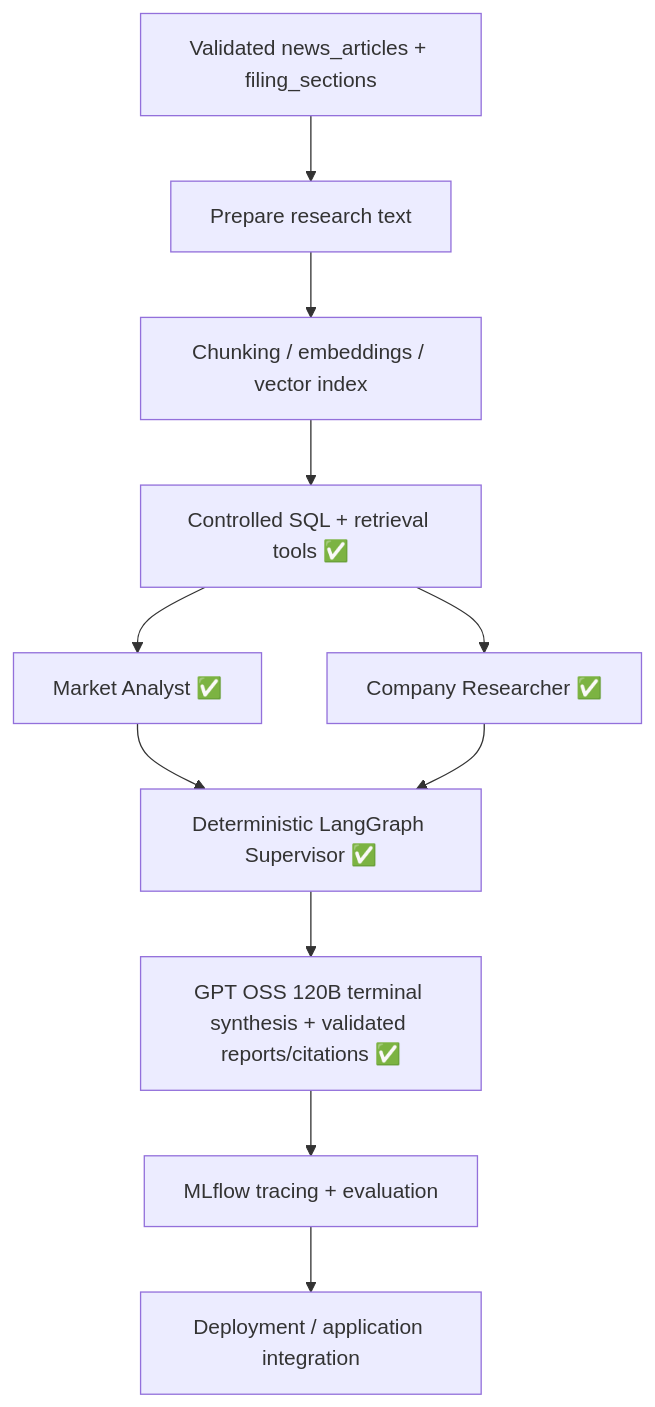
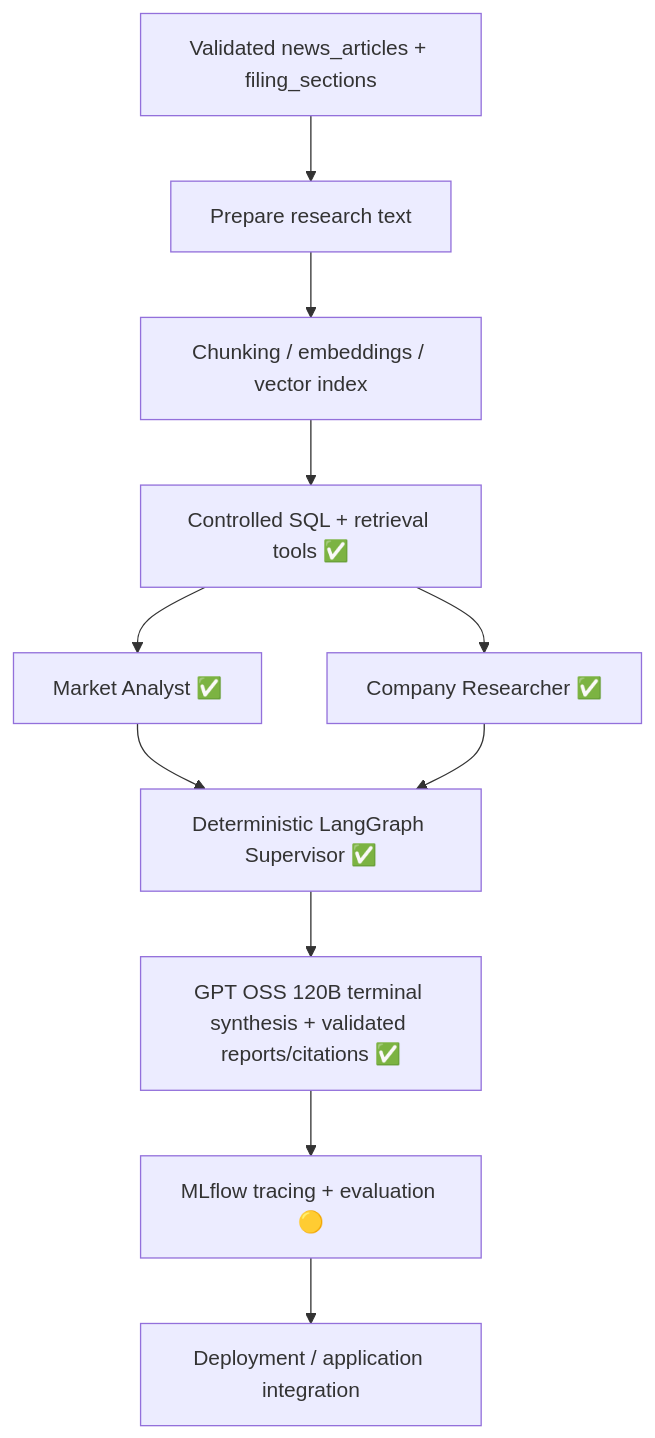
Before and after one commit to maghdam/multi-agent-equity-research-system-on-databricks: the second of 2 diagrams in PLAN.md, drawn with Mermaid. The commit also changed other lines of this file, not shown here.

Commit message:
docs: record live MLflow tracing and evaluation checkpoint

````diff
--- a/PLAN.md
+++ b/PLAN.md
@@ -67,17 +67,17 @@
 ```mermaid
 flowchart TB
     A["Validated news_articles + filing_sections"]
     A --> B["Prepare research text"]
     B --> C["Chunking / embeddings / vector index"]
     C --> D["Controlled SQL + retrieval tools ✅"]
 
     D --> E1["Market Analyst ✅"]
     D --> E2["Company Researcher ✅"]
 
     E1 --> F["Deterministic LangGraph Supervisor ✅"]
     E2 --> F
 
     F --> G["GPT OSS 120B terminal synthesis + validated reports/citations ✅"]
-    G --> H["MLflow tracing + evaluation"]
+    G --> H["MLflow tracing + evaluation 🟡"]
     H --> I["Deployment / application integration"]
 ```
````
